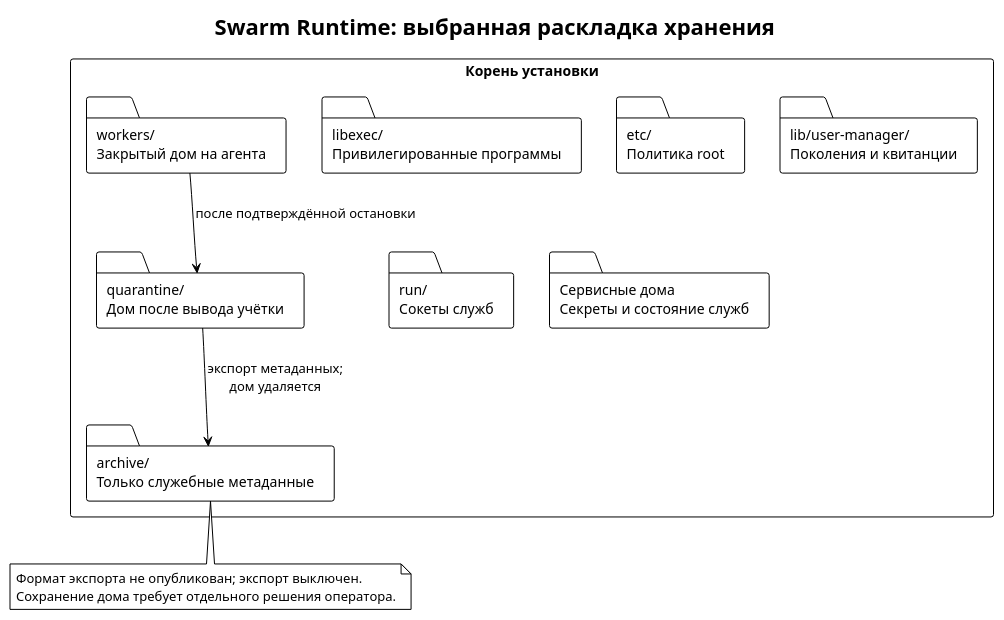
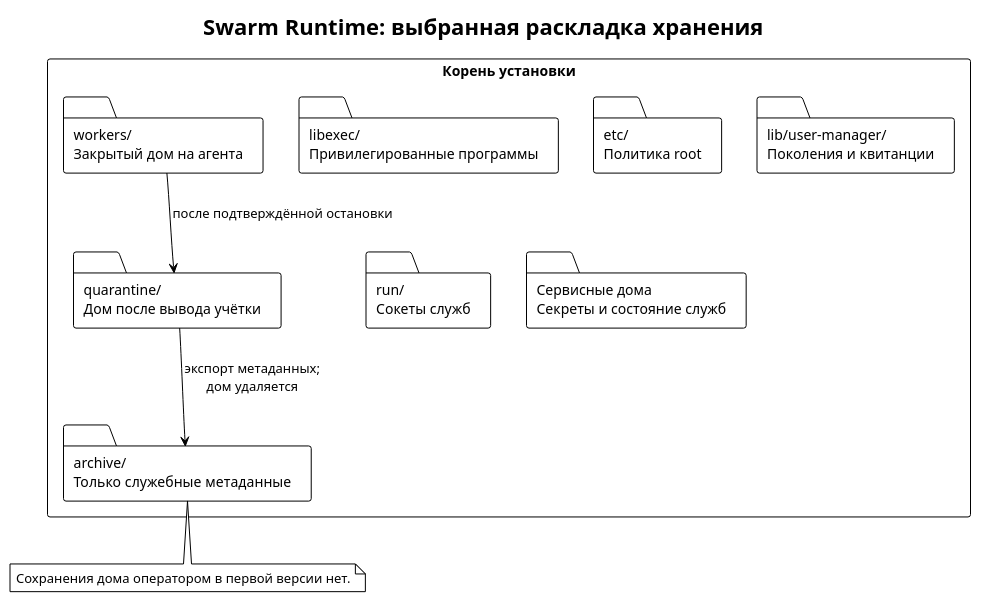
One commit to relux-works/swarma-docs changed the diagram in book/src/platform-storage-layout.puml. Above: the diagram before and after it, drawn with PlantUML. The commit also changed 51 other files, not shown here.

```diff
--- a/book/src/platform-storage-layout.puml
+++ b/book/src/platform-storage-layout.puml
@@ -1,23 +1,22 @@
 @startuml platform-storage-layout
 !theme plain
 skinparam defaultFontName "PT Sans"
 skinparam shadowing false
 skinparam packageStyle rectangle
 title Swarm Runtime: выбранная раскладка хранения
 package "Корень установки" {
   folder "libexec/\nПривилегированные программы" as BIN
   folder "etc/\nПолитика root" as ETC
   folder "lib/user-manager/\nПоколения и квитанции" as LEDGER
   folder "run/\nСокеты служб" as RUN
   folder "Сервисные дома\nСекреты и состояние служб" as SERVICES
   folder "workers/\nЗакрытый дом на агента" as WORKERS
   folder "quarantine/\nДом после вывода учётки" as QUAR
   folder "archive/\nТолько служебные метаданные" as ARCH
 }
 WORKERS --> QUAR : после подтверждённой остановки
 QUAR --> ARCH : экспорт метаданных;\nдом удаляется
 note bottom of ARCH
-  Формат экспорта не опубликован; экспорт выключен.
-  Сохранение дома требует отдельного решения оператора.
+  Сохранения дома оператором в первой версии нет.
 end note
 @enduml
```
